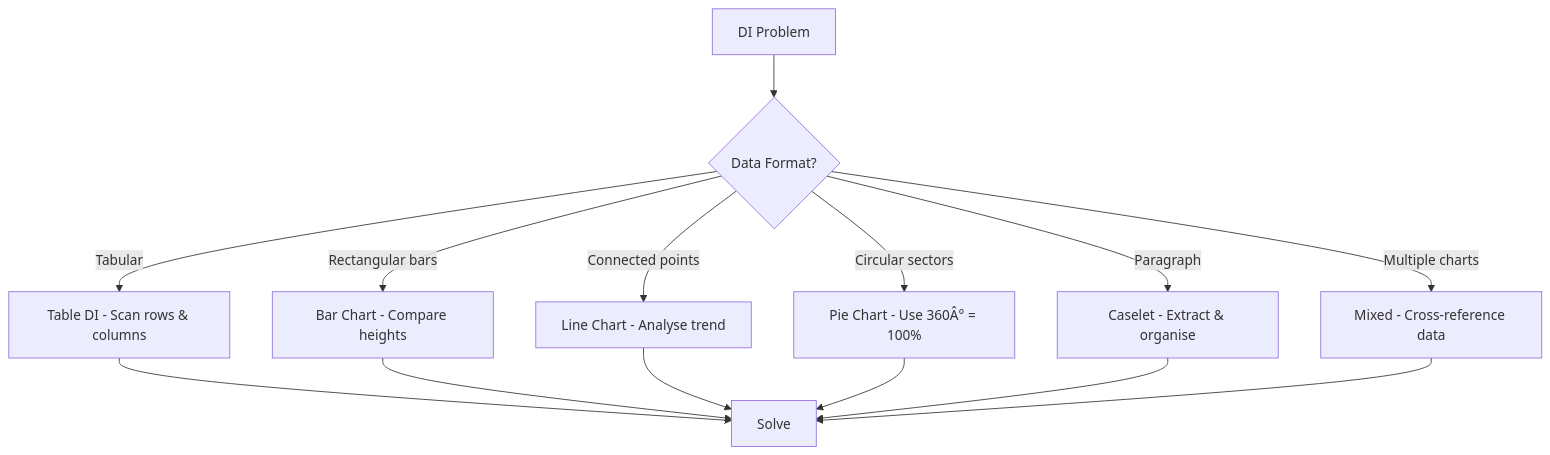
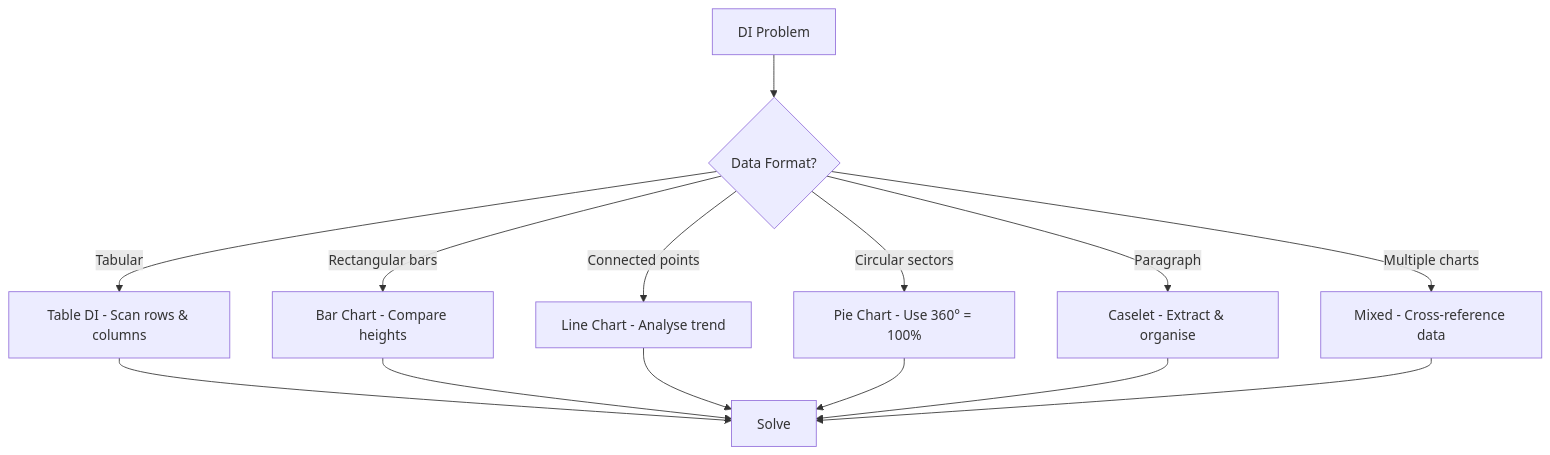
One commit to Raushan666java/ai-engineering-journey changed the first of 7 diagrams in docs/courses/quantitative-aptitude/03-data-interpretation.md. Above: the diagram before and after it, drawn with Mermaid. The commit also changed other lines of this file and 965 other files, not shown here.

````diff
--- a/docs/courses/quantitative-aptitude/03-data-interpretation.md
+++ b/docs/courses/quantitative-aptitude/03-data-interpretation.md
@@ -126,16 +126,16 @@
 ```mermaid
 flowchart TD
     A["DI Problem"] --> B{"Data Format?"}
     B -->|"Tabular"| C["Table DI - Scan rows & columns"]
     B -->|"Rectangular bars"| D["Bar Chart - Compare heights"]
     B -->|"Connected points"| E["Line Chart - Analyse trend"]
-    B -->|"Circular sectors"| F["Pie Chart - Use 360Â° = 100%"]
+    B -->|"Circular sectors"| F["Pie Chart - Use 360° = 100%"]
     B -->|"Paragraph"| G["Caselet - Extract & organise"]
     B -->|"Multiple charts"| H["Mixed - Cross-reference data"]
     C --> I["Solve"]
     D --> I
     E --> I
     F --> I
     G --> I
     H --> I
 ```
````
